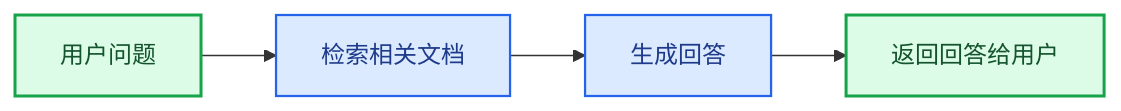
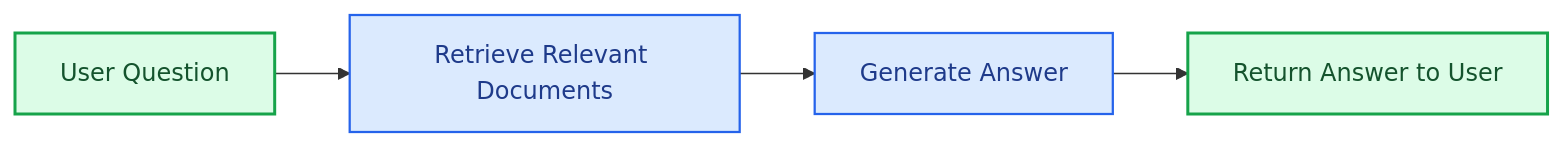
Before and after one commit to kunfan96/cndocs-langchain: the second of 4 diagrams in oss/python/langchain/retrieval.mdx, drawn with Mermaid. The commit also changed other lines of this file and 2611 other files, not shown here.

````diff
--- a/oss/python/langchain/retrieval.mdx
+++ b/oss/python/langchain/retrieval.mdx
@@ -134,13 +144,13 @@
 ```mermaid
 graph LR
-    A[用户问题] --> B["检索相关文档"]
-    B --> C["生成回答"]
-    C --> D[返回回答给用户]
+    A[User Question] --> B["Retrieve Relevant Documents"]
+    B --> C["Generate Answer"]
+    C --> D[Return Answer to User]
 
     %% Styling
     classDef startend fill:#DCFCE7,stroke:#16A34A,stroke-width:2px,color:#14532D
     classDef process fill:#DBEAFE,stroke:#2563EB,stroke-width:1.5px,color:#1E3A8A
 
     class A,D startend
     class B,C process
 ```
````
